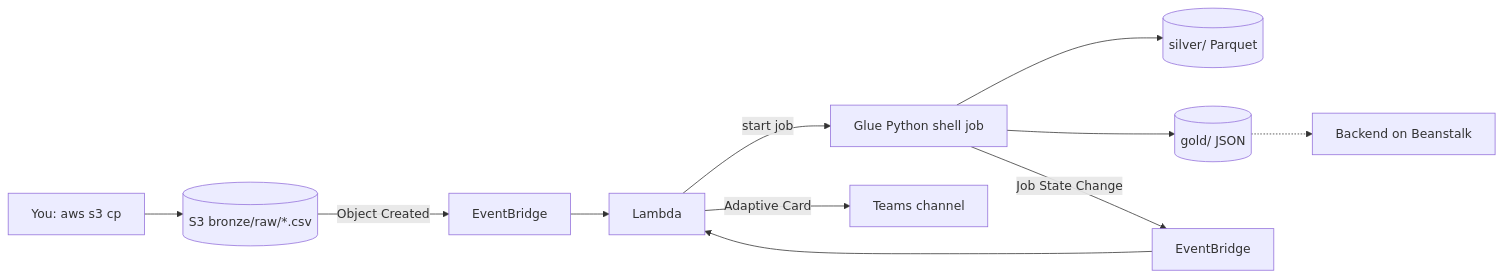
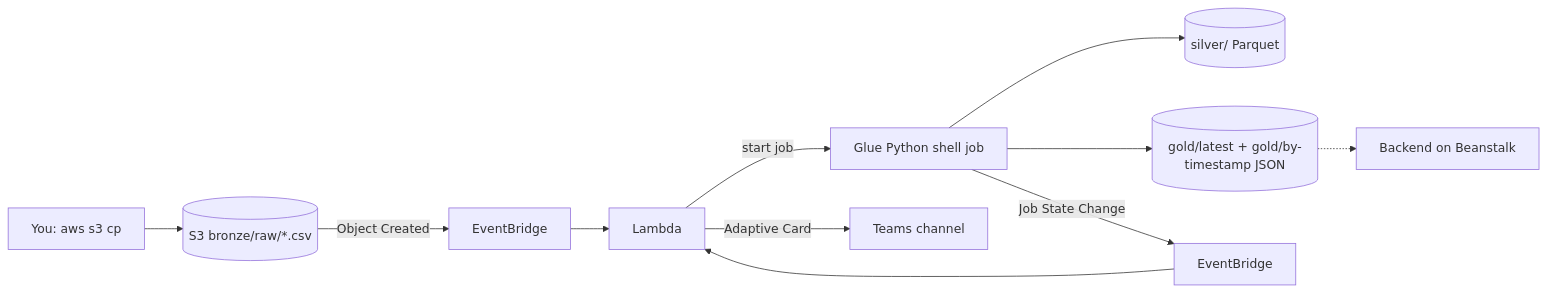
The diagram in docs/p2-walkthrough.md (agi1clj/CC2026_DS_Infra_AWS), drawn with Mermaid before and after one commit. The commit also changed other lines of this file and 3 other files, not shown here.

Commit message:
docs(p2): gold history and latest paths, safe-to-repeat section

````diff
--- a/docs/p2-walkthrough.md
+++ b/docs/p2-walkthrough.md
@@ -19,13 +19,13 @@
 ```mermaid
 flowchart LR
     up[You: aws s3 cp] --> b[(S3 bronze/raw/*.csv)]
     b -- Object Created --> eb1[EventBridge]
     eb1 --> l[Lambda]
     l -- start job --> g[Glue Python shell job]
     g --> s[(silver/ Parquet)]
-    g --> go[(gold/ JSON)]
+    g --> go[(gold/latest + gold/by-timestamp JSON)]
     g -- Job State Change --> eb2[EventBridge]
     eb2 --> l
     l -- Adaptive Card --> t[Teams channel]
     go -.-> be[Backend on Beanstalk]
 ```
````
